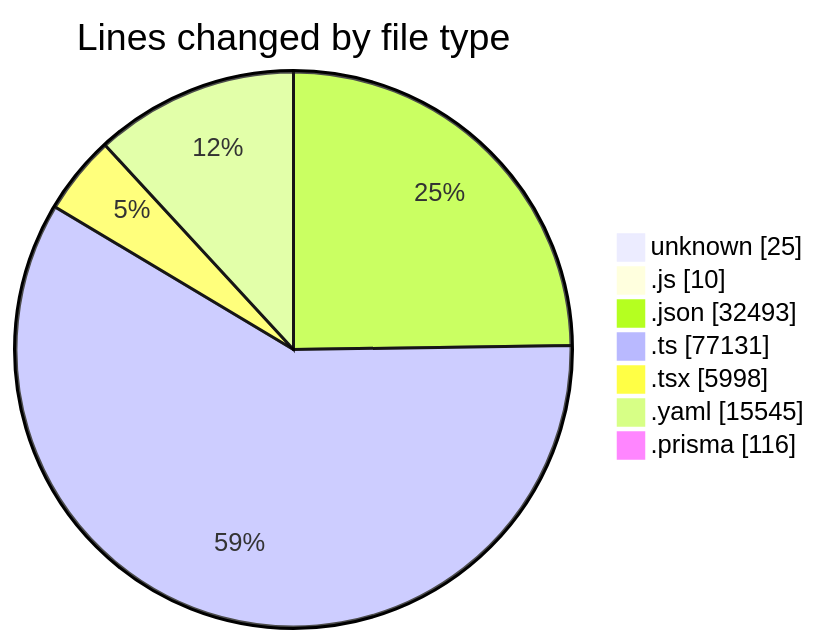
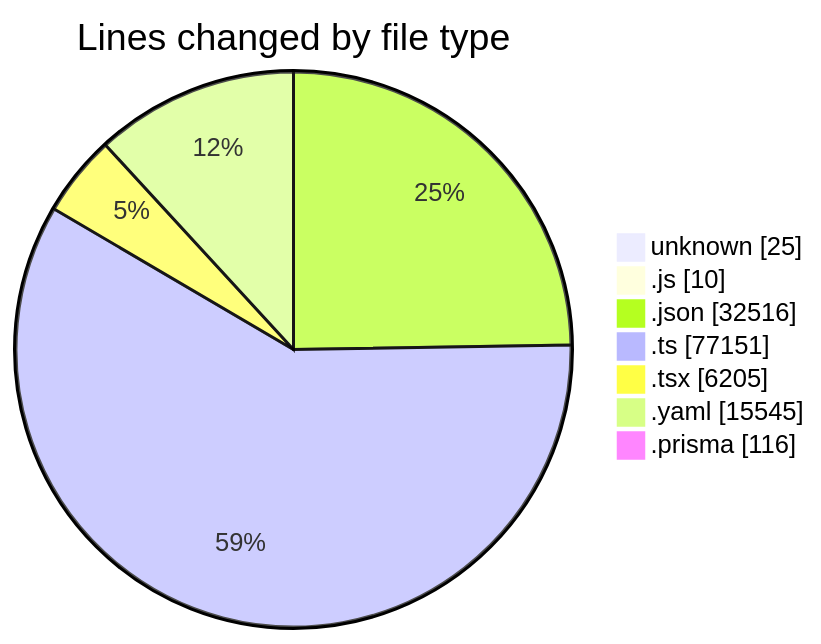
One commit to CELIANVF/code-tracking changed the first of 2 diagrams in 2025-05-02/ecodeli/README.md. Above: the diagram before and after it, drawn with Mermaid. The commit also changed other lines of this file and 1 other file, not shown here.

````diff
--- a/2025-05-02/ecodeli/README.md
+++ b/2025-05-02/ecodeli/README.md
@@ -89,11 +89,11 @@
 ```mermaid
 pie showData
 title Lines changed by file type
 "unknown" : 25
 ".js" : 10
-".json" : 32493
-".ts" : 77131
-".tsx" : 5998
+".json" : 32516
+".ts" : 77151
+".tsx" : 6205
 ".yaml" : 15545
 ".prisma" : 116
 ```
````
